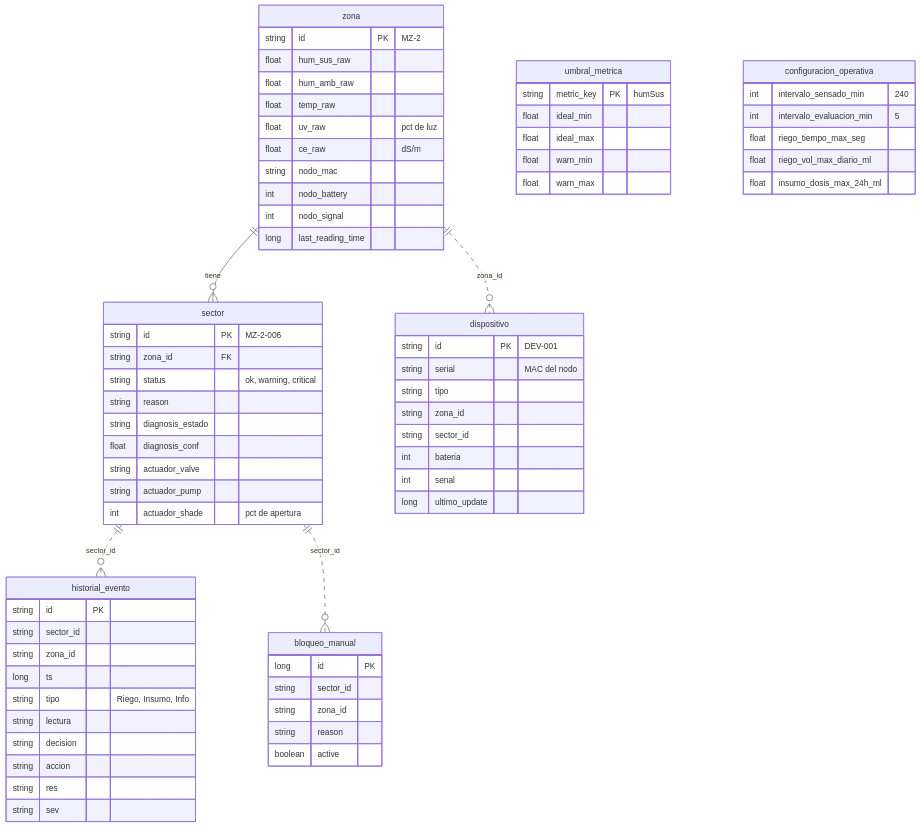
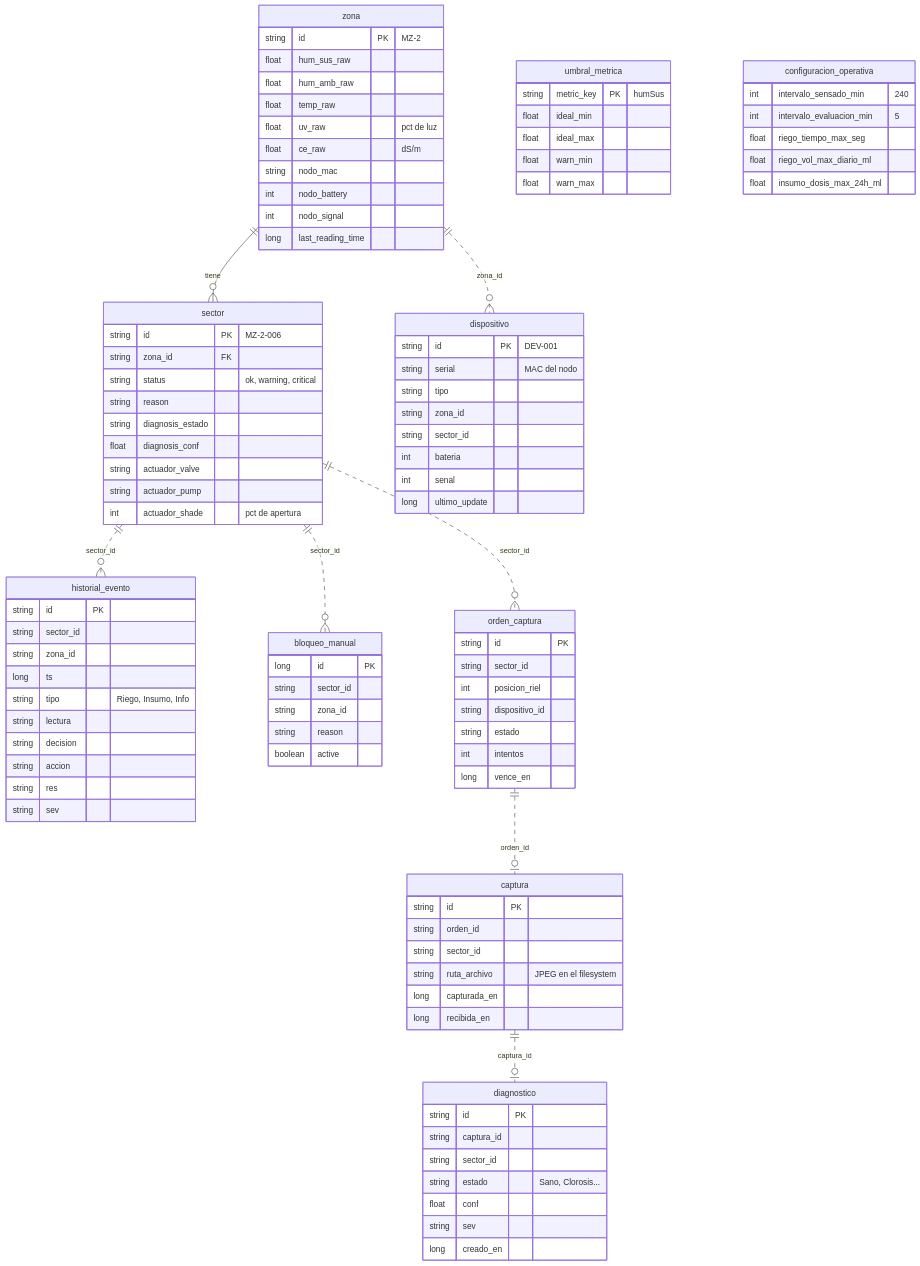
Before and after one commit to ssgalo/Yerbanalytics: the second of 2 diagrams in docs-motor-reglas/circuito-sensado-a-motor.md, drawn with Mermaid. The commit also changed other lines of this file, not shown here.

Commit message:
docs: sumar el carril de captura y diagnóstico al circuito de sensado

```diff
--- a/docs-motor-reglas/circuito-sensado-a-motor.md
+++ b/docs-motor-reglas/circuito-sensado-a-motor.md
@@ -125,6 +149,9 @@
     zona ||..o{ dispositivo : "zona_id"
     sector ||..o{ historial_evento : "sector_id"
     sector ||..o{ bloqueo_manual : "sector_id"
+    sector ||..o{ orden_captura : "sector_id"
+    orden_captura ||..o| captura : "orden_id"
+    captura ||..o| diagnostico : "captura_id"
 
     zona {
         string id PK "MZ-2"
@@ -178,6 +205,32 @@
         string reason
         boolean active
     }
+    orden_captura {
+        string id PK
+        string sector_id
+        int posicion_riel
+        string dispositivo_id
+        string estado
+        int intentos
+        long vence_en
+    }
+    captura {
+        string id PK
+        string orden_id
+        string sector_id
+        string ruta_archivo "JPEG en el filesystem"
+        long capturada_en
+        long recibida_en
+    }
+    diagnostico {
+        string id PK
+        string captura_id
+        string sector_id
+        string estado "Sano, Clorosis..."
+        float conf
+        string sev
+        long creado_en
+    }
     umbral_metrica {
         string metric_key PK "humSus"
         float ideal_min
```
